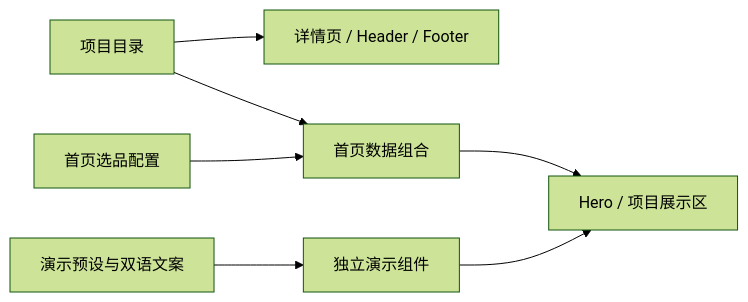
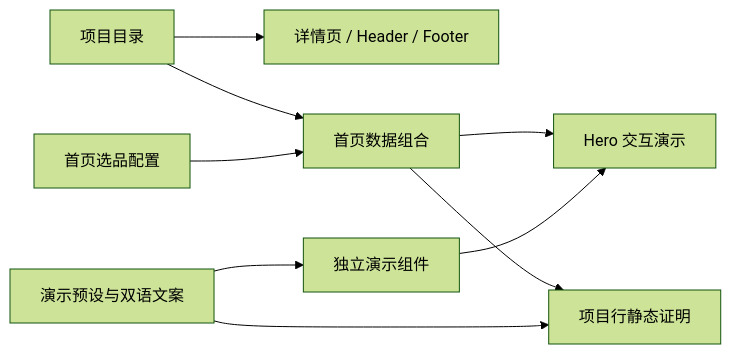
Before and after one commit to sonofmagic/weapp.dev: the diagram in docs/architecture/homepage.md, drawn with Mermaid (forest theme). The commit also changed other lines of this file and 8 other files, not shown here.

````diff
--- a/docs/architecture/homepage.md
+++ b/docs/architecture/homepage.md
@@ -17,9 +18,11 @@
 ```mermaid
 flowchart LR
   P[项目目录] --> D[详情页 / Header / Footer]
   P --> H[首页数据组合]
   E[首页选品配置] --> H
-  H --> R[Hero / 项目展示区]
+  H --> R[Hero 交互演示]
+  H --> P2[项目行静态证明]
   S[演示预设与双语文案] --> C[独立演示组件]
+  S --> P2
   C --> R
 ```
````
